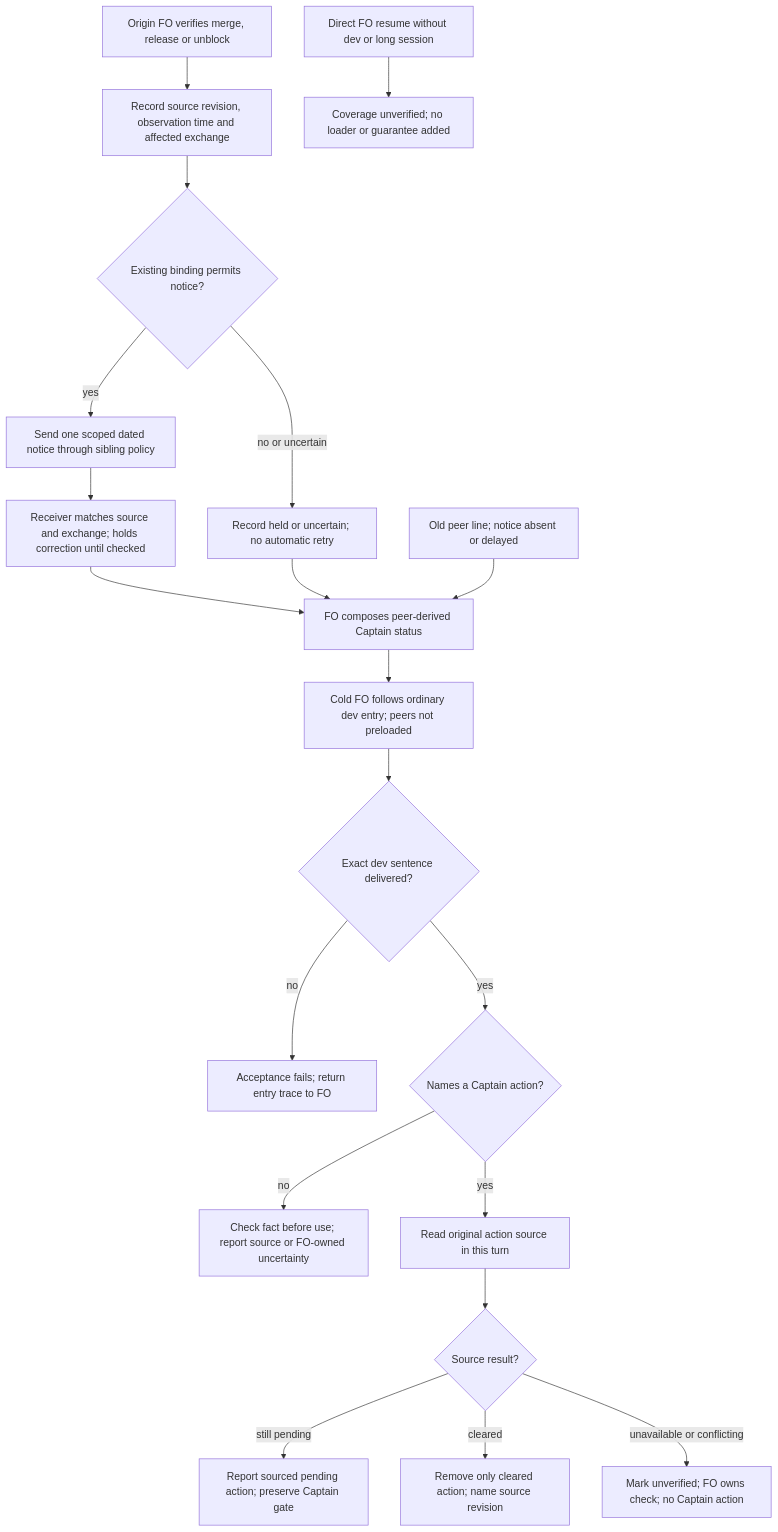
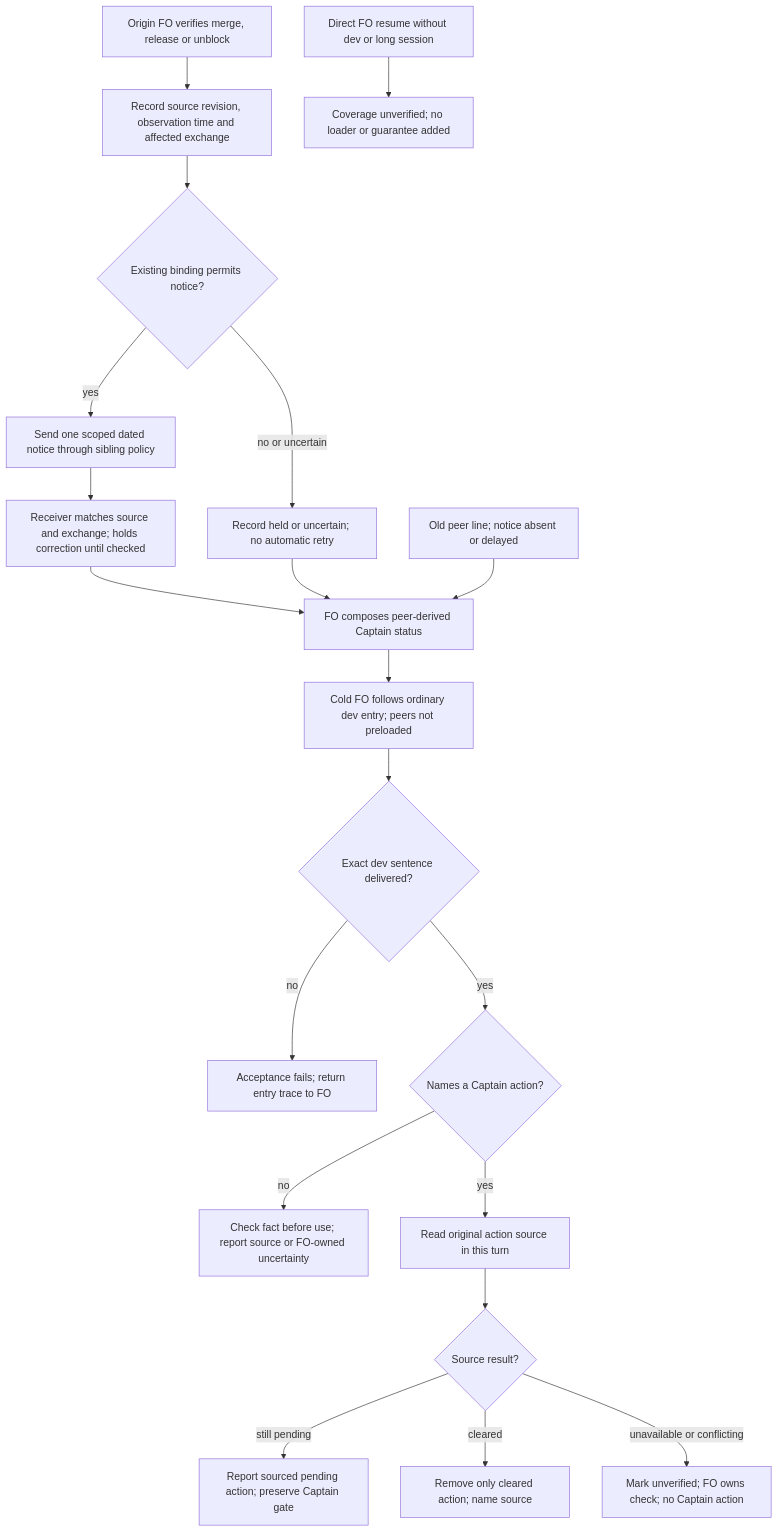
One commit to iamcxa/kc-claude-plugins changed the diagram in peer-status-reaches-fresh.md. Above: the diagram before and after it, drawn with Mermaid. The commit also changed other lines of this file, not shown here.

Commit message:
docs(dev2): restore approved source attribution criterion

````diff
--- a/peer-status-reaches-fresh.md
+++ b/peer-status-reaches-fresh.md
@@ -170,22 +170,22 @@
 ```mermaid
 flowchart TD
     O[Origin FO verifies merge, release or unblock] --> R[Record source revision, observation time and affected exchange]
     R --> A{Existing binding permits notice?}
     A -->|no or uncertain| H[Record held or uncertain; no automatic retry]
     A -->|yes| N[Send one scoped dated notice through sibling policy]
     N --> I[Receiver matches source and exchange; holds correction until checked]
     I --> F[FO composes peer-derived Captain status]
     H --> F
     L[Old peer line; notice absent or delayed] --> F
     F --> B[Cold FO follows ordinary dev entry; peers not preloaded]
     B --> C{Exact dev sentence delivered?}
     C -->|no| X[Acceptance fails; return entry trace to FO]
     C -->|yes| J{Names a Captain action?}
     J -->|no| T[Check fact before use; report source or FO-owned uncertainty]
     J -->|yes| S[Read original action source in this turn]
     S --> D{Source result?}
     D -->|still pending| P[Report sourced pending action; preserve Captain gate]
-    D -->|cleared| E[Remove only cleared action; name source revision]
+    D -->|cleared| E[Remove only cleared action; name source]
     D -->|unavailable or conflicting| V[Mark unverified; FO owns check; no Captain action]
     U[Direct FO resume without dev or long session] --> Z[Coverage unverified; no loader or guarantee added]
 ```
````
